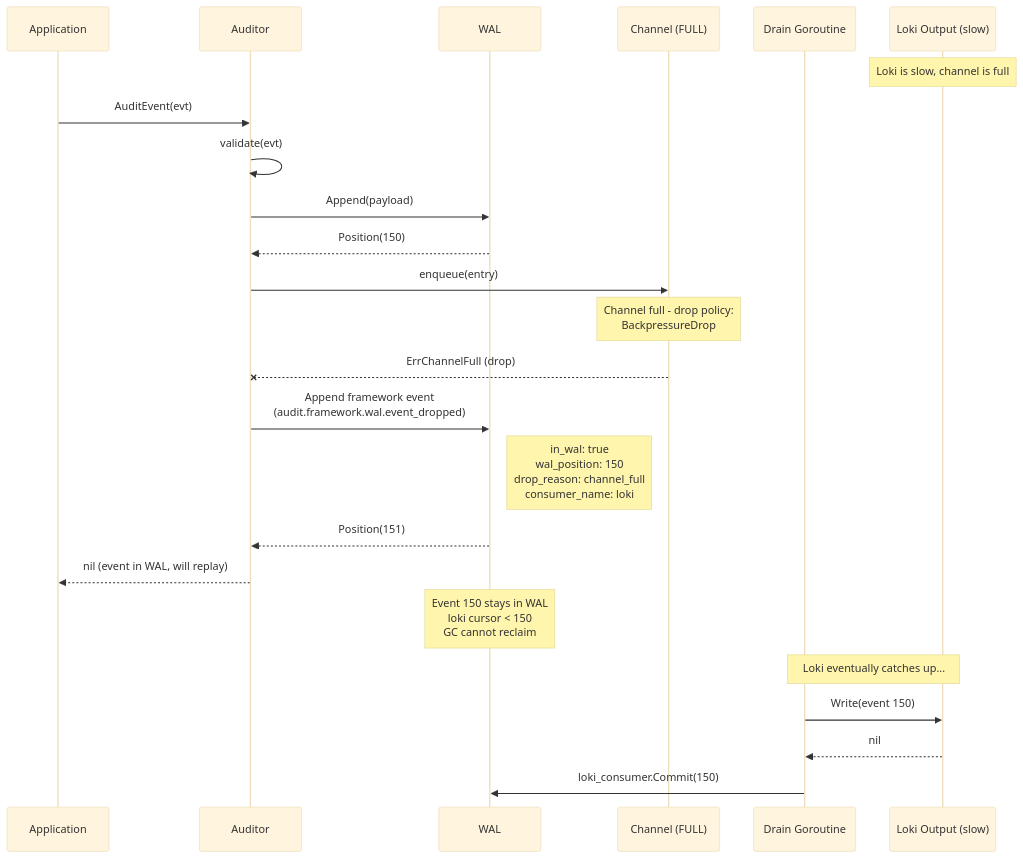
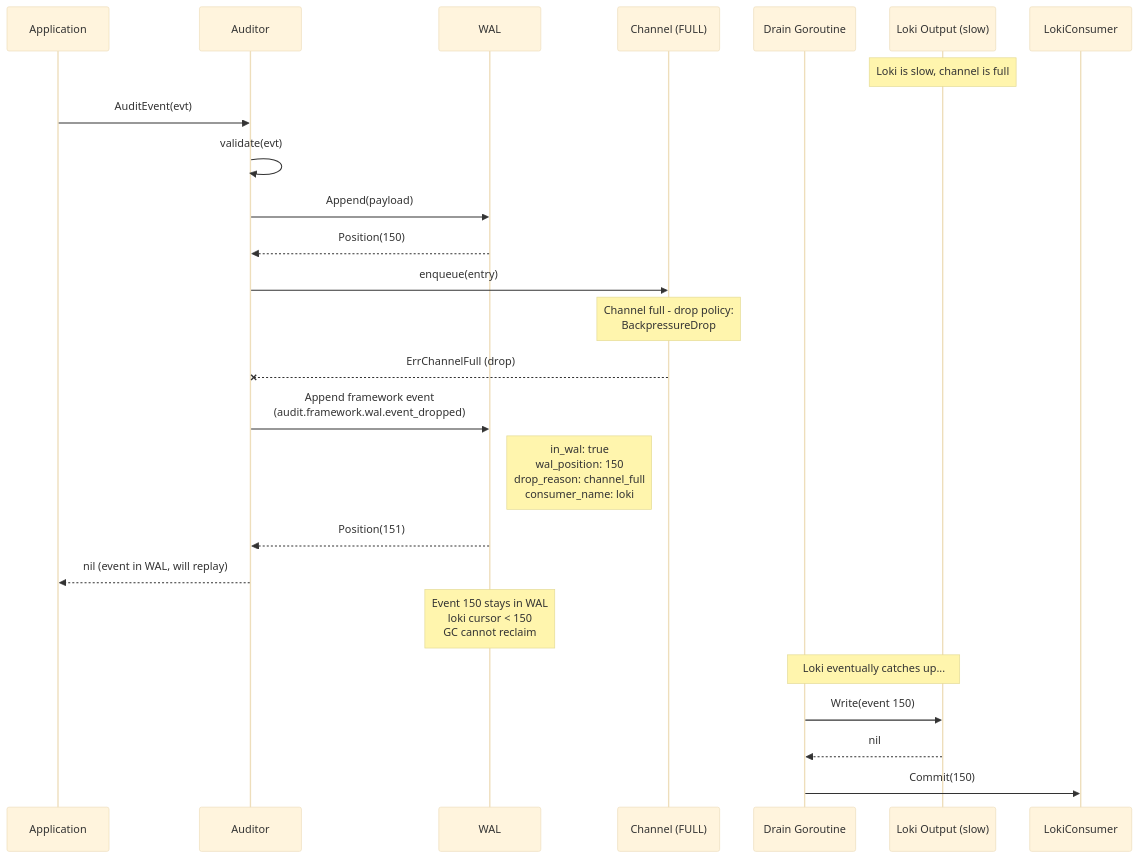
One commit to axonops/audit changed the second of 9 diagrams in docs/wal-design.md. Above: the diagram before and after it, drawn with Mermaid (base theme). The commit also changed other lines of this file, not shown here.

First line of the commit message:
docs(wal): bottom-out design — proto determinism, instance binding, anchor commitment, key rotation, default chain-break

````diff
--- a/docs/wal-design.md
+++ b/docs/wal-design.md
@@ -655,30 +739,30 @@
 ```mermaid
 sequenceDiagram
     participant App as Application
     participant Auditor as Auditor
     participant WAL as WAL
     participant Ch as Channel (FULL)
     participant Drain as Drain Goroutine
     participant Loki as Loki Output (slow)
 
     Note over Loki: Loki is slow, channel is full
 
     App->>Auditor: AuditEvent(evt)
     Auditor->>Auditor: validate(evt)
     Auditor->>WAL: Append(payload)
     WAL-->>Auditor: Position(150)
     Auditor->>Ch: enqueue(entry)
     Note over Ch: Channel full - drop policy:<br/>BackpressureDrop
     Ch--xAuditor: ErrChannelFull (drop)
     Auditor->>WAL: Append framework event<br/>(audit.framework.wal.event_dropped)
     Note right of WAL: in_wal: true<br/>wal_position: 150<br/>drop_reason: channel_full<br/>consumer_name: loki
     WAL-->>Auditor: Position(151)
     Auditor-->>App: nil (event in WAL, will replay)
 
     Note over WAL: Event 150 stays in WAL<br/>loki cursor < 150<br/>GC cannot reclaim
 
     Note over Drain,Loki: Loki eventually catches up...
     Drain->>Loki: Write(event 150)
     Loki-->>Drain: nil
-    Drain->>WAL: loki_consumer.Commit(150)
+    Drain->>LokiConsumer: Commit(150)
 ```
````
